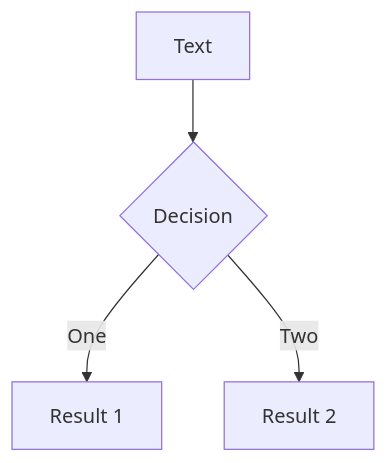
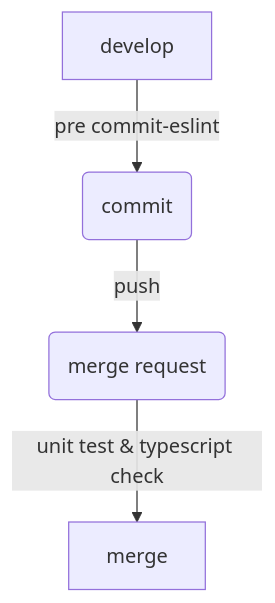
The third of 3 diagrams in slides.md (jia831123/share_accunix), drawn with Mermaid before and after one commit. The commit also changed other lines of this file and 2 other files, not shown here.

````diff
--- a/slides.md
+++ b/slides.md
@@ -1014,6 +890,7 @@
-```mermaid {theme: 'neutral', scale: 0.8}
-graph TD
-B[Text] --> C{Decision}
-C -->|One| D[Result 1]
-C -->|Two| E[Result 2]
+```mermaid
+flowchart TD
+    A[develop] -->|pre commit-eslint| B(commit)
+    B -->|push| C(merge request)
+    C -->|unit test & typescript check| D[merge]
+
 ```
````
